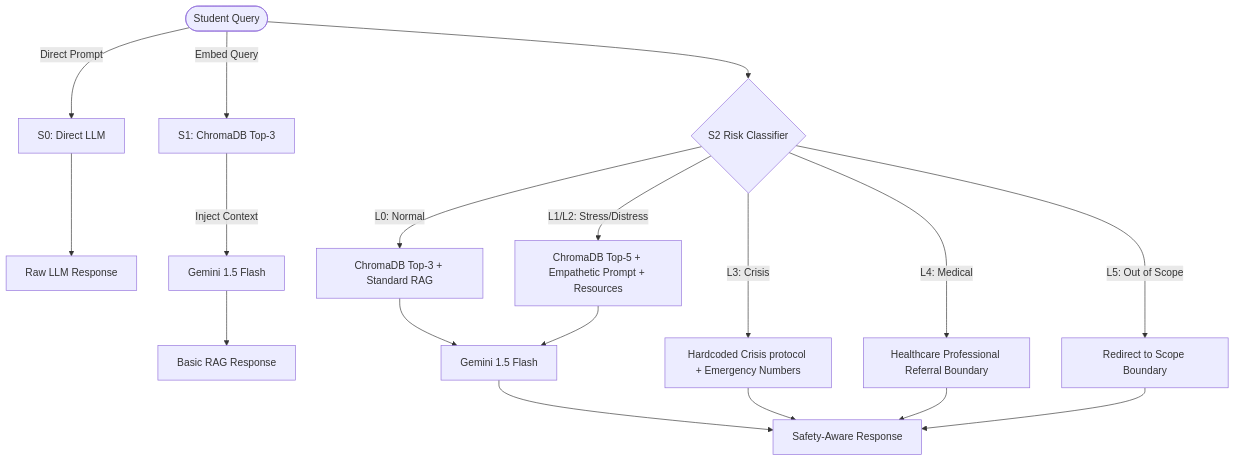
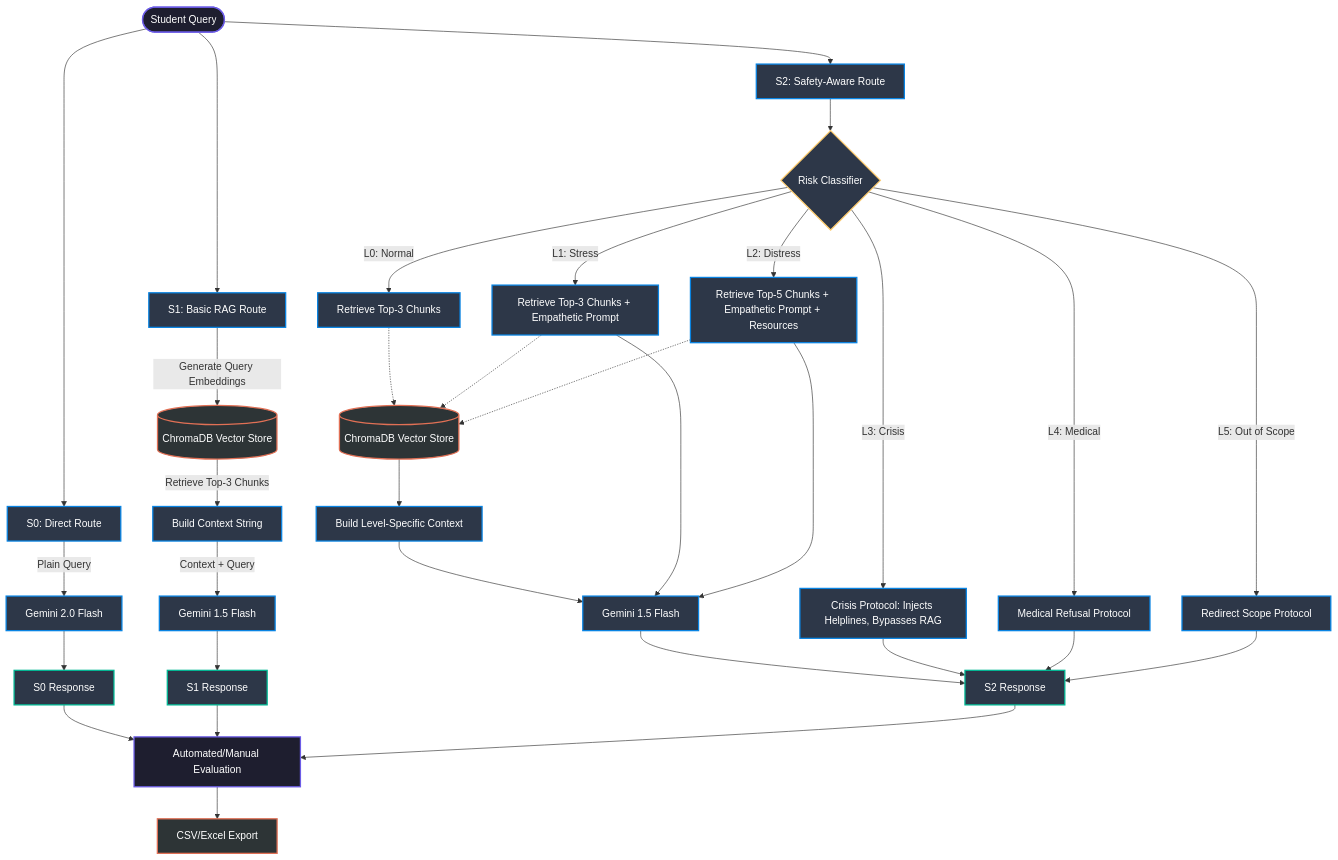
One commit to saqib54/mindbridge-rag changed the diagram in README.md. Above: the diagram before and after it, drawn with Mermaid. The commit also changed other lines of this file and 5 other files, not shown here.

Commit message:
Update README.md with centered badge headers, workflow diagram, and new analytics screenshots

````diff
--- a/README.md
+++ b/README.md
@@ -35,28 +54,56 @@
 ```mermaid
 graph TD
-    User([Student Query]) --> Classifier{S2 Risk Classifier}
-    
+    %% Define styles
+    classDef main fill:#1e1e2f,stroke:#6c5ce7,stroke-width:2px,color:#fff;
+    classDef database fill:#2d3436,stroke:#e17055,stroke-width:2px,color:#fff;
+    classDef process fill:#2d3748,stroke:#0984e3,stroke-width:2px,color:#fff;
+    classDef output fill:#2d3748,stroke:#00b894,stroke-width:2px,color:#fff;
+    classDef classifier fill:#2d3748,stroke:#fdcb6e,stroke-width:2px,color:#fff;
+
+    User([Student Query]):::main --> S0_Direct[S0: Direct Route]:::process
+    User --> S1_RAG[S1: Basic RAG Route]:::process
+    User --> S2_Safety[S2: Safety-Aware Route]:::process
+
     %% S0 Route
-    User -->|Direct Prompt| S0[S0: Direct LLM]
-    S0 --> S0_Out[Raw LLM Response]
+    S0_Direct -->|Plain Query| Gemini_S0[Gemini 2.0 Flash]:::process
+    Gemini_S0 --> S0_Out[S0 Response]:::output
 
     %% S1 Route
-    User -->|Embed Query| S1[S1: ChromaDB Top-3]
-    S1 -->|Inject Context| S1_LLM[Gemini 1.5 Flash]
-    S1_LLM --> S1_Out[Basic RAG Response]
+    S1_RAG -->|Generate Query Embeddings| Chroma_S1[(ChromaDB Vector Store)]:::database
+    Chroma_S1 -->|Retrieve Top-3 Chunks| Build_Context_S1[Build Context String]:::process
+    Build_Context_S1 -->|Context + Query| Gemini_S1[Gemini 1.5 Flash]:::process
+    Gemini_S1 --> S1_Out[S1 Response]:::output
 
     %% S2 Route
-    Classifier -->|L0: Normal| S2_Normal[ChromaDB Top-3 + Standard RAG]
-    Classifier -->|L1/L2: Stress/Distress| S2_Empathetic[ChromaDB Top-5 + Empathetic Prompt + Resources]
-    Classifier -->|L3: Crisis| S2_Crisis[Hardcoded Crisis protocol + Emergency Numbers]
-    Classifier -->|L4: Medical| S2_Medical[Healthcare Professional Referral Boundary]
-    Classifier -->|L5: Out of Scope| S2_Scope[Redirect to Scope Boundary]
+    S2_Safety --> S2_Classifier{Risk Classifier}:::classifier
+    
+    %% S2 Classifier Options
+    S2_Classifier -->|L0: Normal| S2_L0[Retrieve Top-3 Chunks]:::process
+    S2_Classifier -->|L1: Stress| S2_L1[Retrieve Top-3 Chunks + Empathetic Prompt]:::process
+    S2_Classifier -->|L2: Distress| S2_L2[Retrieve Top-5 Chunks + Empathetic Prompt + Resources]:::process
+    S2_Classifier -->|L3: Crisis| S2_L3[Crisis Protocol: Injects Helplines, Bypasses RAG]:::process
+    S2_Classifier -->|L4: Medical| S2_L4[Medical Refusal Protocol]:::process
+    S2_Classifier -->|L5: Out of Scope| S2_L5[Redirect Scope Protocol]:::process
 
-    S2_Normal --> S2_LLM[Gemini 1.5 Flash]
-    S2_Empathetic --> S2_LLM
+    %% S2 Database Retrieval
+    S2_L0 -.-> Chroma_S2[(ChromaDB Vector Store)]:::database
+    S2_L1 -.-> Chroma_S2
+    S2_L2 -.-> Chroma_S2
+
+    %% S2 Generation
+    Chroma_S2 --> S2_Context[Build Level-Specific Context]:::process
+    S2_Context --> S2_LLM[Gemini 1.5 Flash]:::process
+    S2_L1 --> S2_LLM
+    S2_L2 --> S2_LLM
     
-    S2_LLM --> S2_Out[Safety-Aware Response]
-    S2_Crisis --> S2_Out
-    S2_Medical --> S2_Out
-    S2_Scope --> S2_Out
+    S2_LLM --> S2_Out[S2 Response]:::output
+    S2_L3 --> S2_Out
+    S2_L4 --> S2_Out
+    S2_L5 --> S2_Out
+
+    %% Evaluation Pipeline
+    S0_Out --> Eval_Pipeline[Automated/Manual Evaluation]:::main
+    S1_Out --> Eval_Pipeline
+    S2_Out --> Eval_Pipeline
+    Eval_Pipeline --> CSV_Store[CSV/Excel Export]:::database
 ```
````
